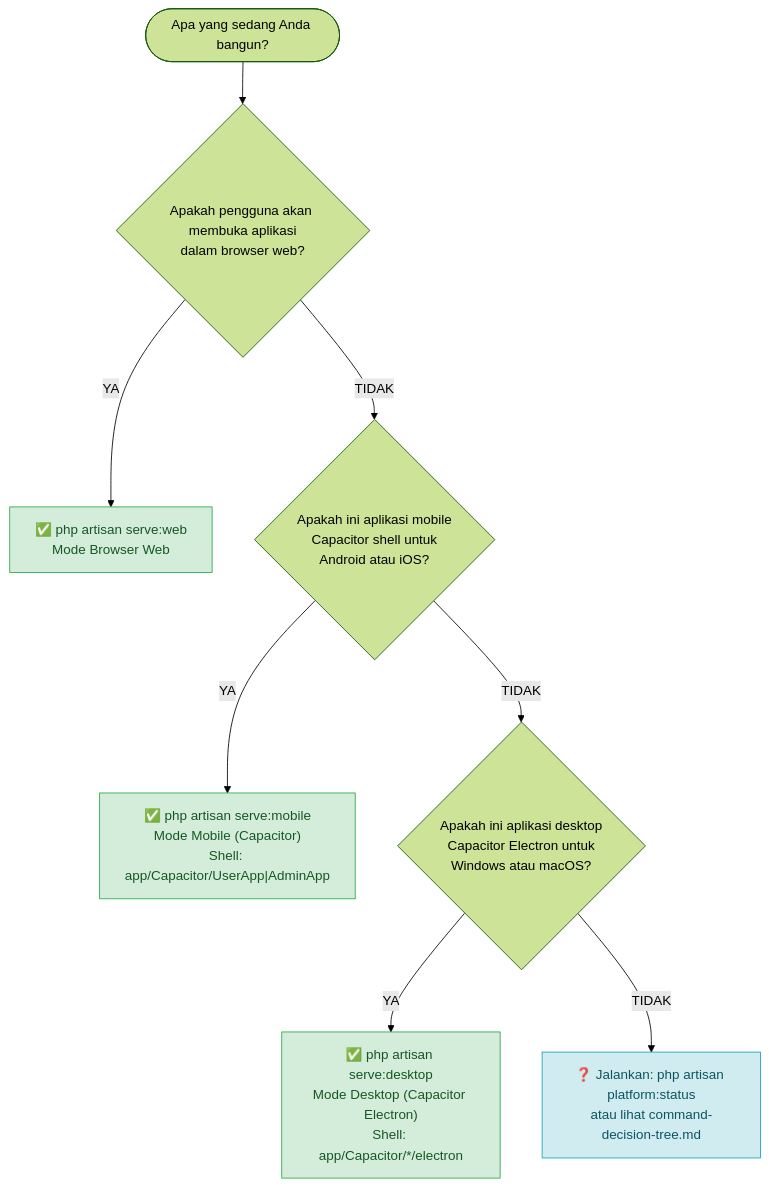
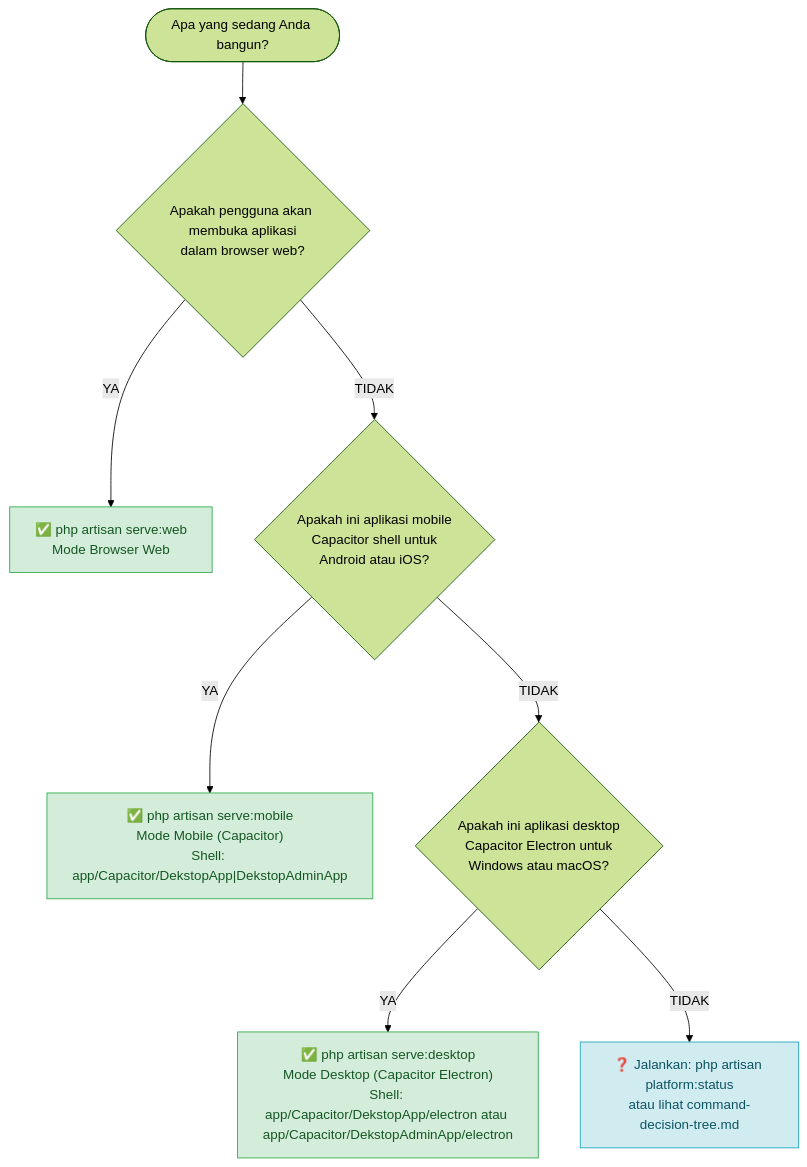
Before and after one commit to aanugerahahmadf/WebApp: the diagram in docs/command-guide/command-guide.md, drawn with Mermaid (forest theme). The commit also changed other lines of this file and 21 other files, not shown here.

````diff
--- a/docs/command-guide/command-guide.md
+++ b/docs/command-guide/command-guide.md
@@ -14,16 +14,16 @@
 ```mermaid
 flowchart TD
     START([Apa yang sedang Anda bangun?])
     START --> Q1{Apakah pengguna akan membuka aplikasi\ndalam browser web?}
     Q1 -- YA --> WEB["✅ php artisan serve:web\nMode Browser Web"]
     Q1 -- TIDAK --> Q2{Apakah ini aplikasi mobile\nCapacitor shell untuk\nAndroid atau iOS?}
-    Q2 -- YA --> MOB["✅ php artisan serve:mobile\nMode Mobile (Capacitor)\nShell: app/Capacitor/UserApp|AdminApp"]
+    Q2 -- YA --> MOB["✅ php artisan serve:mobile\nMode Mobile (Capacitor)\nShell: app/Capacitor/DekstopApp|DekstopAdminApp"]
     Q2 -- TIDAK --> Q3{Apakah ini aplikasi desktop\nCapacitor Electron untuk\nWindows atau macOS?}
-    Q3 -- YA --> DESK["✅ php artisan serve:desktop\nMode Desktop (Capacitor Electron)\nShell: app/Capacitor/*/electron"]
+    Q3 -- YA --> DESK["✅ php artisan serve:desktop\nMode Desktop (Capacitor Electron)\nShell: app/Capacitor/DekstopApp/electron atau app/Capacitor/DekstopAdminApp/electron"]
     Q3 -- TIDAK --> HELP["❓ Jalankan: php artisan platform:status\natau lihat command-decision-tree.md"]
 
     style WEB fill:#d4edda,stroke:#28a745,color:#155724
     style MOB fill:#d4edda,stroke:#28a745,color:#155724
     style DESK fill:#d4edda,stroke:#28a745,color:#155724
     style HELP fill:#d1ecf1,stroke:#17a2b8,color:#0c5460
 ```
````
